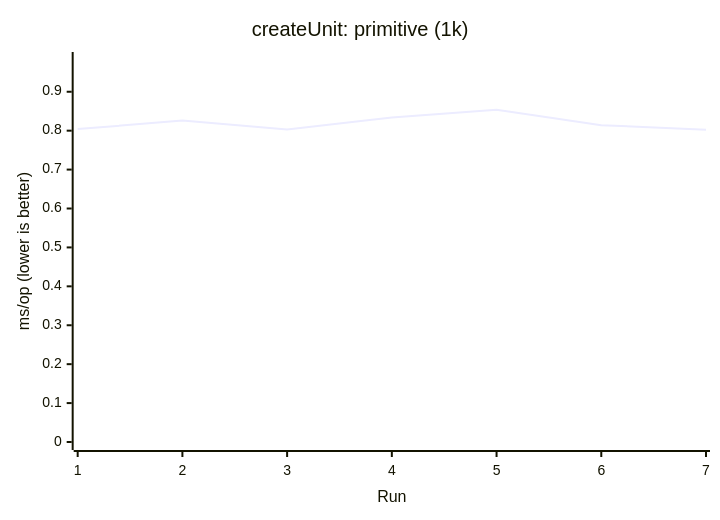
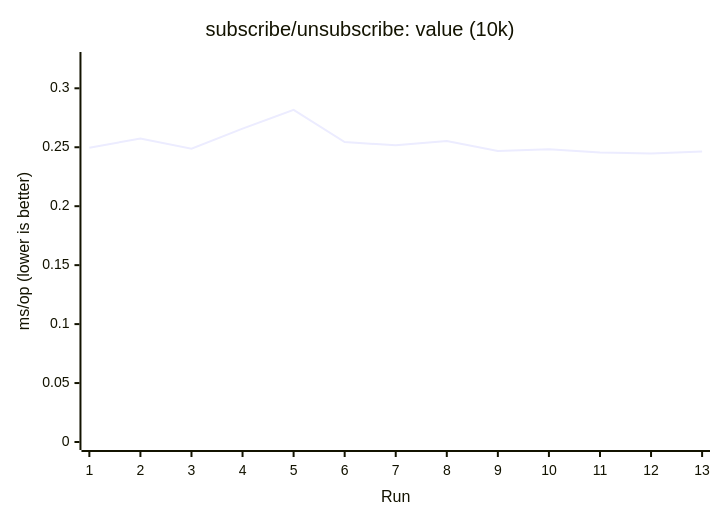
Diagram 14 of 17 in apps/docs/src/content/docs/en/guides/benchmark.mdx (AIluffy/io), drawn with Mermaid before and after one commit. The commit also changed other lines of this file and 11 other files, not shown here.

````diff
--- a/apps/docs/src/content/docs/en/guides/benchmark.mdx
+++ b/apps/docs/src/content/docs/en/guides/benchmark.mdx
@@ -282,7 +369,7 @@
 ```mermaid
 xychart-beta
-  title "createUnit: primitive (1k)"
-  x-axis "Run" [1, 2, 3, 4, 5, 6, 7]
-  y-axis "ms/op (lower is better)" 0 --> 0.9816
-  line [0.804, 0.8259, 0.8033, 0.8336, 0.8536, 0.8141, 0.8023]
+  title "subscribe/unsubscribe: value (10k)"
+  x-axis "Run" [1, 2, 3, 4, 5, 6, 7, 8, 9, 10, 11, 12, 13]
+  y-axis "ms/op (lower is better)" 0 --> 0.324
+  line [0.2496, 0.2574, 0.2488, 0.2658, 0.2817, 0.2544, 0.2517, 0.2553, 0.2469, 0.2484, 0.2455, 0.2448, 0.2463]
 ```
````
